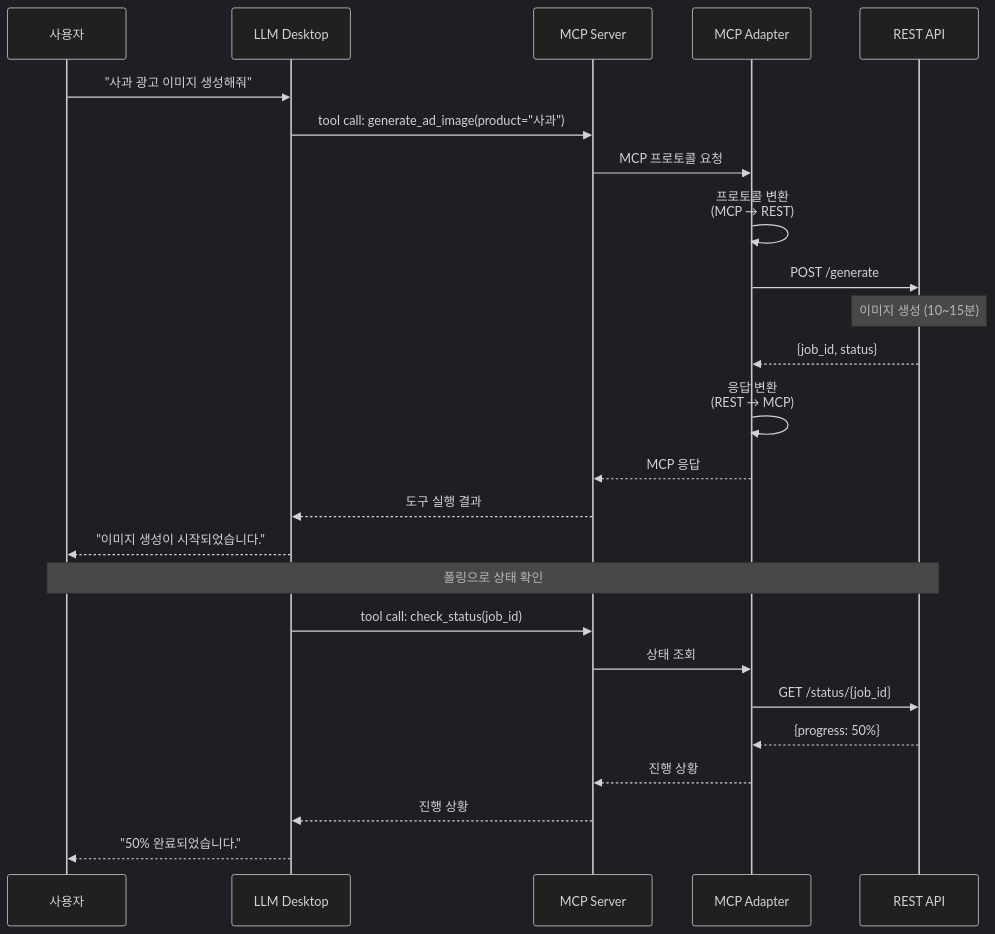
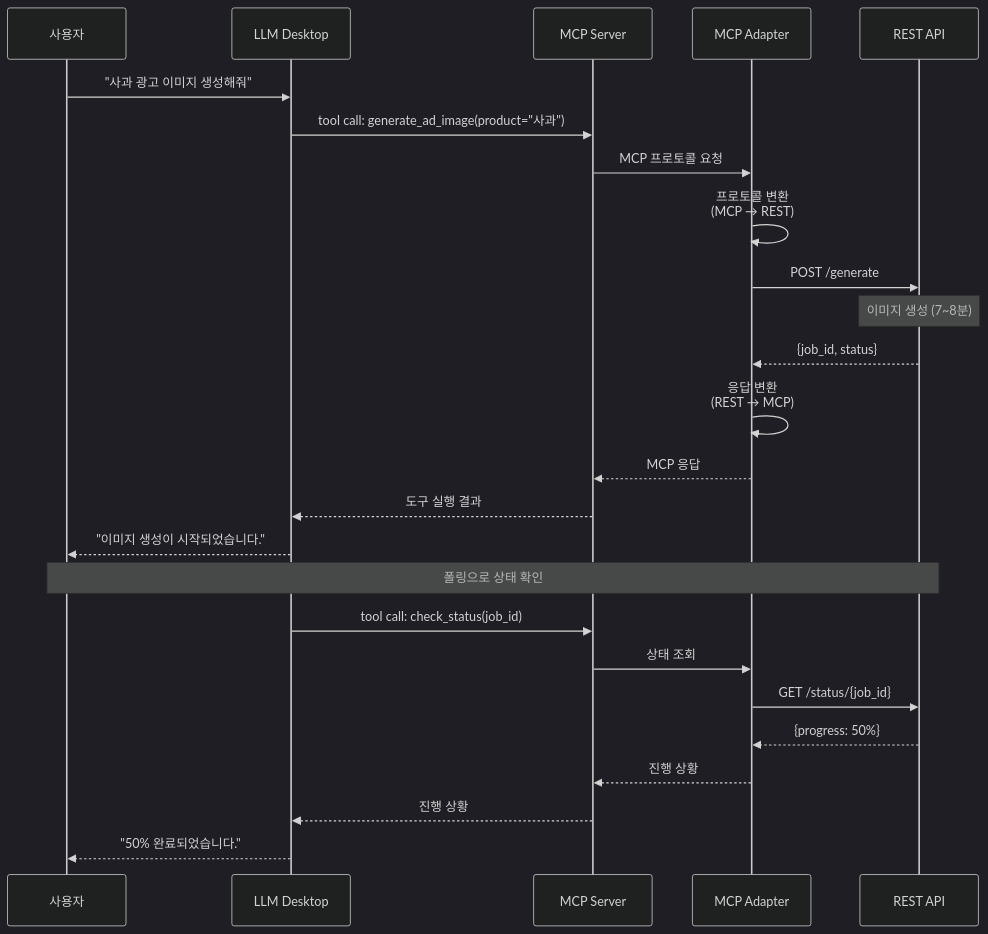
Before and after one commit to krapnuyij/codeit-ai-3team-ad-content: the fourth of 12 diagrams in docs/보고서/발표자료_02_김명환_아키텍처.md, drawn with Mermaid (dark theme). The commit also changed other lines of this file, not shown here.

````diff
--- a/docs/보고서/발표자료_02_김명환_아키텍처.md
+++ b/docs/보고서/발표자료_02_김명환_아키텍처.md
@@ -331,30 +331,30 @@
 ```mermaid
 sequenceDiagram
     participant User as 사용자
     participant LLM as LLM Desktop
     participant MCP as MCP Server
     participant Adapter as MCP Adapter
     participant API as REST API
     
     User->>LLM: "사과 광고 이미지 생성해줘"
     LLM->>MCP: tool call: generate_ad_image(product="사과")
     MCP->>Adapter: MCP 프로토콜 요청
     Adapter->>Adapter: 프로토콜 변환<br/>(MCP → REST)
     Adapter->>API: POST /generate
-    Note over API: 이미지 생성 (10~15분)
+    Note over API: 이미지 생성 (7~8분)
     API-->>Adapter: {job_id, status}
     Adapter->>Adapter: 응답 변환<br/>(REST → MCP)
     Adapter-->>MCP: MCP 응답
     MCP-->>LLM: 도구 실행 결과
     LLM-->>User: "이미지 생성이 시작되었습니다."
     
     Note over User,API: 폴링으로 상태 확인
     
     LLM->>MCP: tool call: check_status(job_id)
     MCP->>Adapter: 상태 조회
     Adapter->>API: GET /status/{job_id}
     API-->>Adapter: {progress: 50%}
     Adapter-->>MCP: 진행 상황
     MCP-->>LLM: 진행 상황
     LLM-->>User: "50% 완료되었습니다."
 ```
````
